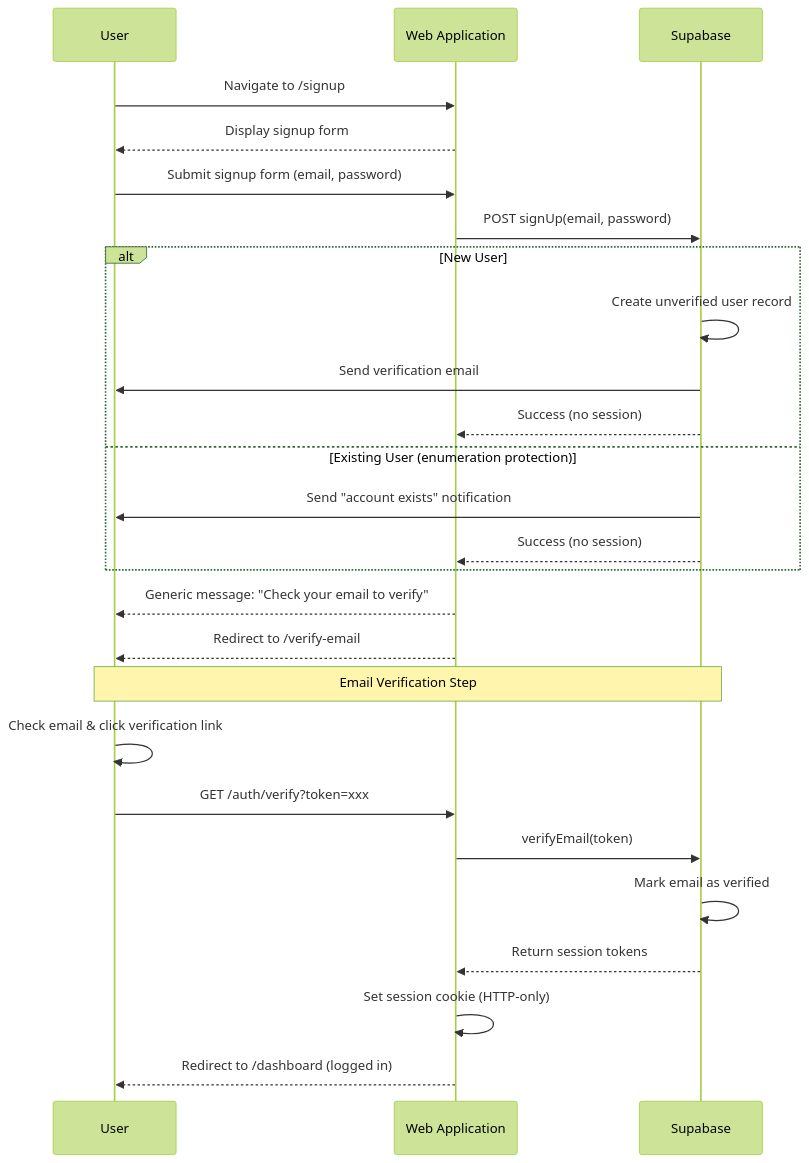
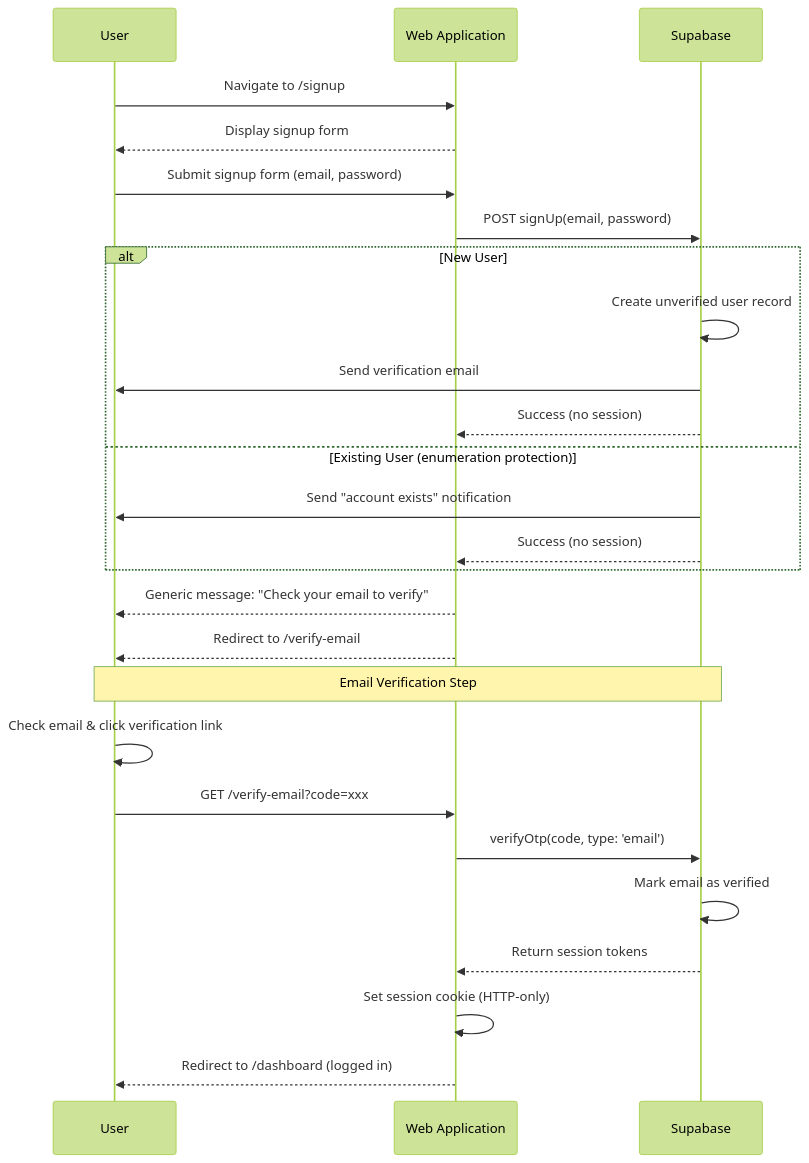
One commit to allev1985/topten changed the first of 3 diagrams in docs/decisions/auth-sequence-diagrams.md. Above: the diagram before and after it, drawn with Mermaid (forest theme). The commit also changed other lines of this file, not shown here.

First line of the commit message:
fix: Correct Supabase parameter names in sequence diagrams

````diff
--- a/docs/decisions/auth-sequence-diagrams.md
+++ b/docs/decisions/auth-sequence-diagrams.md
@@ -7,34 +7,34 @@
 ```mermaid
 sequenceDiagram
     participant User
     participant WebApp as Web Application
     participant Supabase
 
     User->>WebApp: Navigate to /signup
     WebApp-->>User: Display signup form
 
     User->>WebApp: Submit signup form (email, password)
     WebApp->>Supabase: POST signUp(email, password)
 
     alt New User
         Supabase->>Supabase: Create unverified user record
         Supabase->>User: Send verification email
         Supabase-->>WebApp: Success (no session)
     else Existing User (enumeration protection)
         Supabase->>User: Send "account exists" notification
         Supabase-->>WebApp: Success (no session)
     end
 
     WebApp-->>User: Generic message: "Check your email to verify"
     WebApp-->>User: Redirect to /verify-email
 
     Note over User,Supabase: Email Verification Step
 
     User->>User: Check email & click verification link
-    User->>WebApp: GET /auth/verify?token=xxx
-    WebApp->>Supabase: verifyEmail(token)
+    User->>WebApp: GET /verify-email?code=xxx
+    WebApp->>Supabase: verifyOtp(code, type: 'email')
     Supabase->>Supabase: Mark email as verified
     Supabase-->>WebApp: Return session tokens
     WebApp->>WebApp: Set session cookie (HTTP-only)
     WebApp-->>User: Redirect to /dashboard (logged in)
 ```
````
